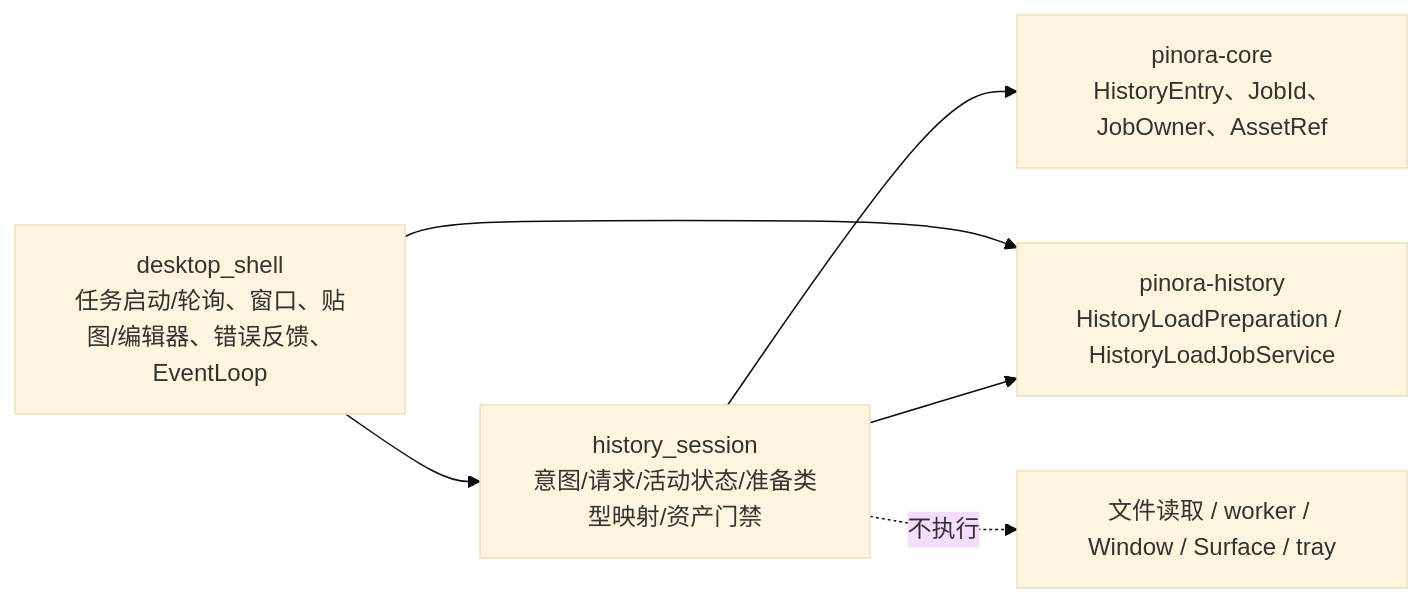
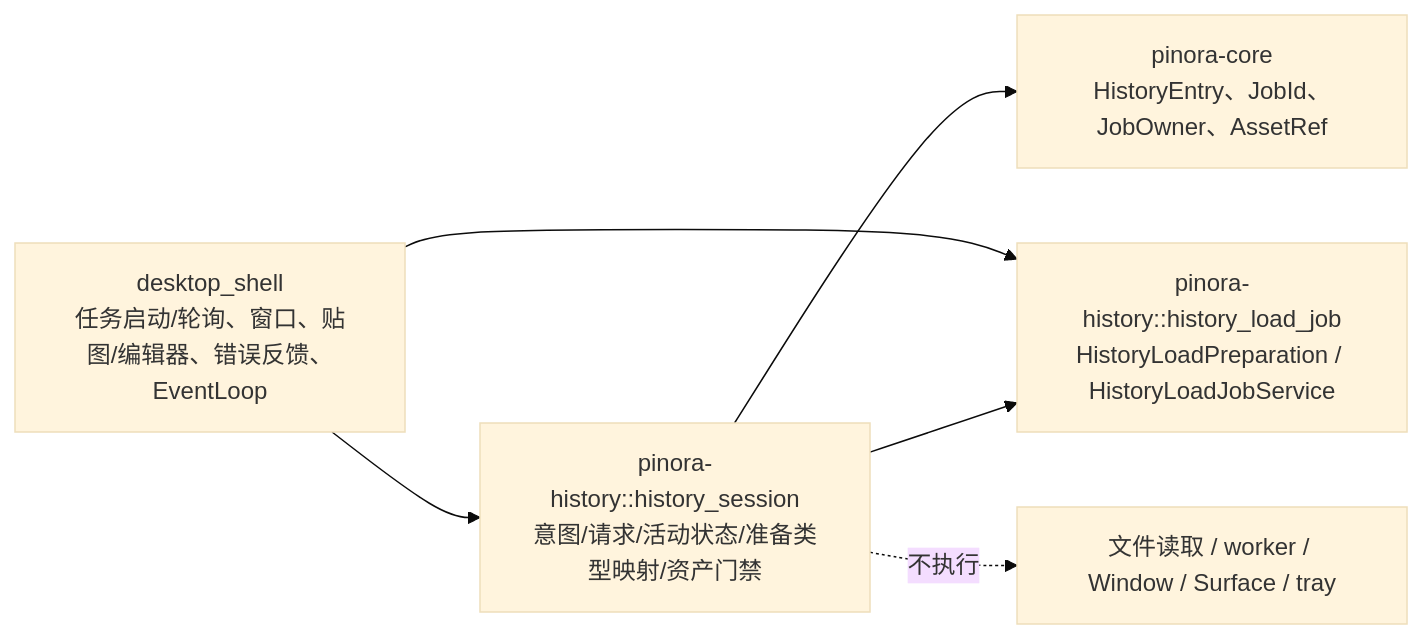
Diagram 15 of 29 in docs/Pinora-开发设计文档.md (yhyzgn/pinora), drawn with Mermaid (base theme) before and after one commit. The commit also changed other lines of this file and 10 other files, not shown here.

First line of the commit message:
refactor(history): move load session to history crate

````diff
--- a/docs/Pinora-开发设计文档.md
+++ b/docs/Pinora-开发设计文档.md
@@ -806,14 +806,14 @@
 ```mermaid
 flowchart LR
     Shell["desktop_shell\n任务启动/轮询、窗口、贴图/编辑器、错误反馈、EventLoop"]
-    Session["history_session\n意图/请求/活动状态/准备类型映射/资产门禁"]
+    Session["pinora-history::history_session\n意图/请求/活动状态/准备类型映射/资产门禁"]
     Core["pinora-core\nHistoryEntry、JobId、JobOwner、AssetRef"]
-    History["pinora-history\nHistoryLoadPreparation / HistoryLoadJobService"]
+    History["pinora-history::history_load_job\nHistoryLoadPreparation / HistoryLoadJobService"]
     Effects["文件读取 / worker / Window / Surface / tray"]
 
     Shell --> Session
     Shell --> History
     Session --> Core
     Session --> History
     Session -. 不执行 .-> Effects
 ```
````
